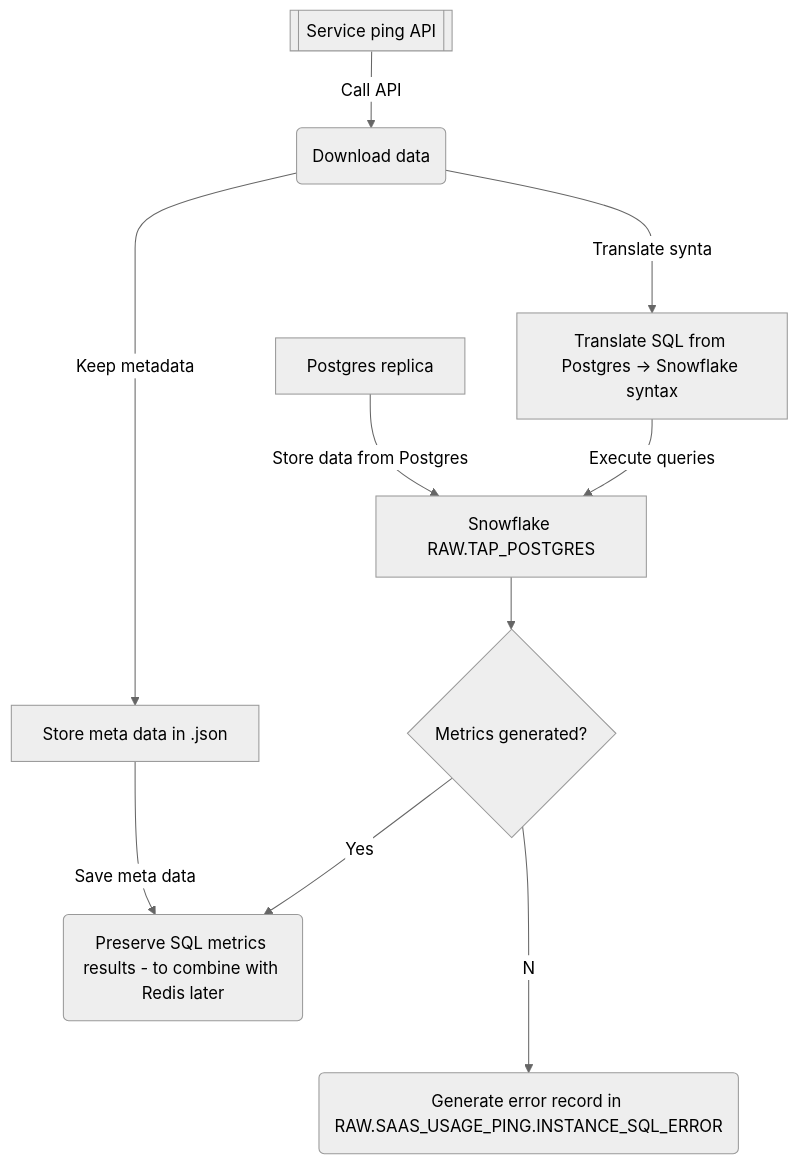
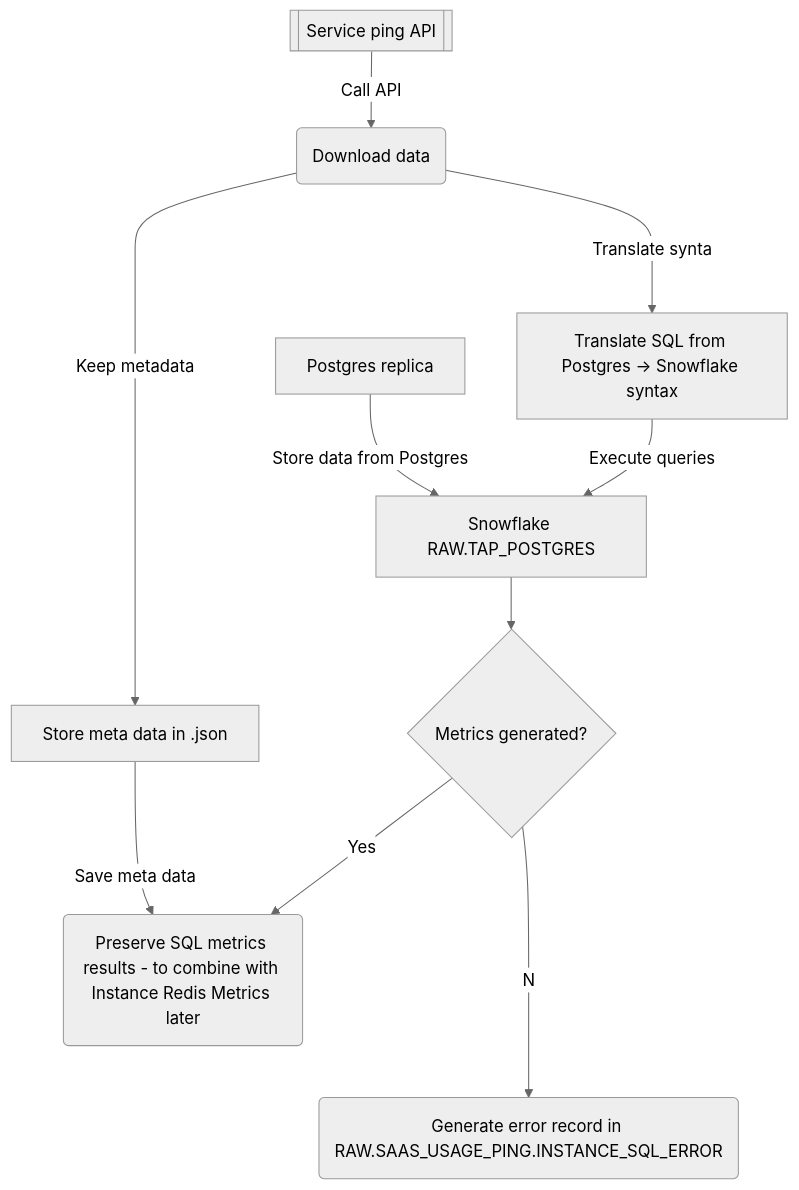
Before and after one commit to fdileta/gitlab-dbt-project: the first of 3 diagrams in extract/saas_usage_ping/README.md, drawn with Mermaid (neutral theme). The commit also changed other lines of this file, not shown here.

````diff
--- a/extract/saas_usage_ping/README.md
+++ b/extract/saas_usage_ping/README.md
@@ -45,11 +45,11 @@
 ```mermaid
 graph TD;
   PGREP[Postgres replica]--Store data from Postgres-->SF_TP[Snowflake RAW.TAP_POSTGRES];
   SP_API[[Service ping API]]--Call API-->DNLD(Download data);
   DNLD--Translate syntax-->TR_SQL[Translate SQL from Postgres -> Snowflake syntax];
   DNLD--Keep metadata-->MTD[Store meta data in .json];
   MTD--Save meta data-->FIN_RAW;
   TR_SQL--Execute queries-->SF_TP;
-  SF_TP-->ERROR_CHECK{Metrics generated?}--Yes-->FIN_RAW(Preserve SQL metrics results - to combine with Redis later);
+  SF_TP-->ERROR_CHECK{Metrics generated?}--Yes-->FIN_RAW(Preserve SQL metrics results - to combine with Instance Redis Metrics later);
   ERROR_CHECK--No-->ERR(Generate error record in RAW.SAAS_USAGE_PING.INSTANCE_SQL_ERROR);
 ```
````
